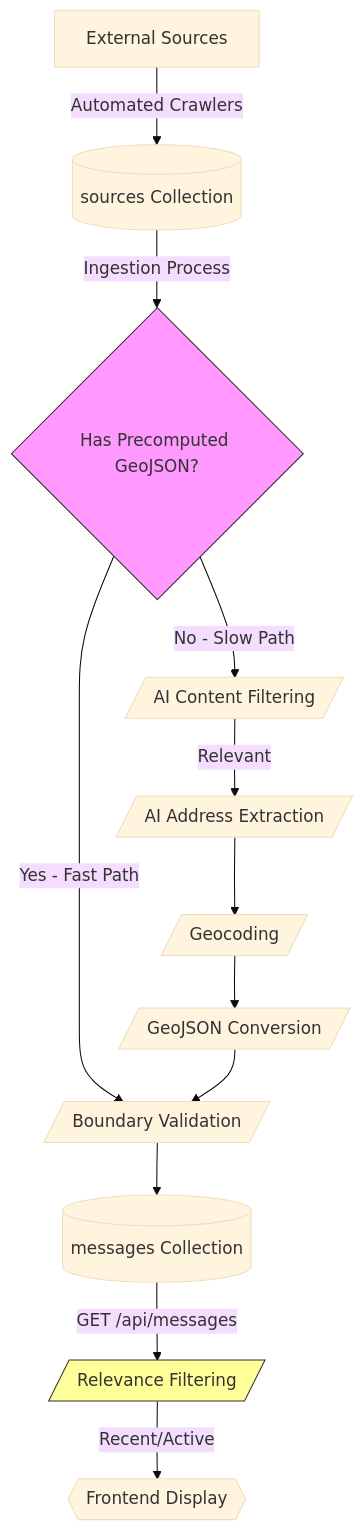
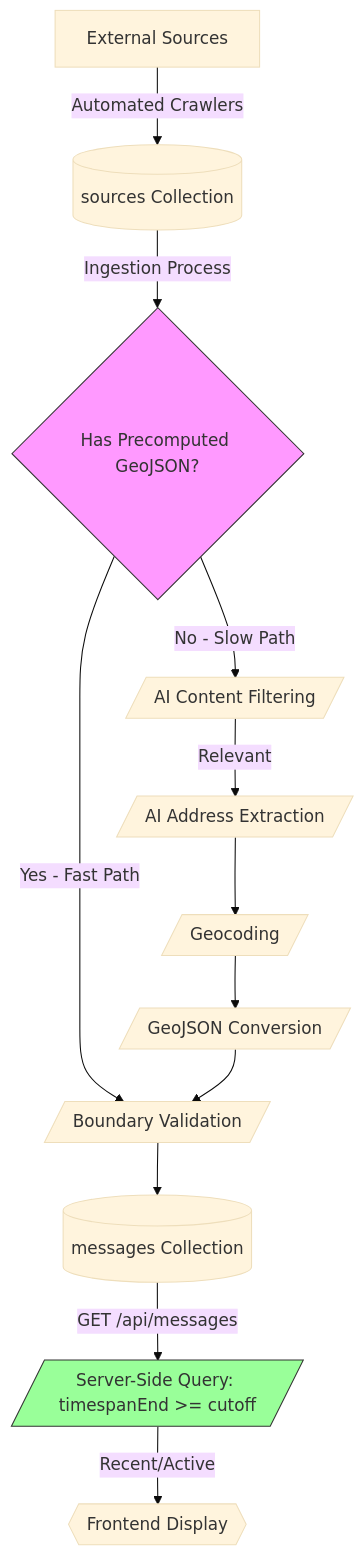
Before and after one commit to IvelinaKostadinova/oboapp: the first of 2 diagrams in docs/features/message-filtering.md, drawn with Mermaid (base theme). The commit also changed other lines of this file and 25 other files, not shown here.

````diff
--- a/docs/features/message-filtering.md
+++ b/docs/features/message-filtering.md
@@ -13,17 +13,17 @@
 ```mermaid
 graph TD
     A[External Sources] -->|Automated Crawlers| B[(sources Collection)]
     B -->|Ingestion Process| C{Has Precomputed GeoJSON?}
     C -->|Yes - Fast Path| D[/Boundary Validation/]
     C -->|No - Slow Path| E[/AI Content Filtering/]
     E -->|Relevant| F[/AI Address Extraction/]
     F --> G[/Geocoding/]
     G --> H[/GeoJSON Conversion/]
     H --> D
     D --> I[(messages Collection)]
-    I -->|GET /api/messages| J[/Relevance Filtering/]
+    I -->|GET /api/messages| J[/Server-Side Query: timespanEnd >= cutoff/]
     J -->|Recent/Active| K{{Frontend Display}}
 
     style C fill:#f9f,stroke:#333
-    style J fill:#ff9,stroke:#333
+    style J fill:#9f9,stroke:#333
 ```
````
